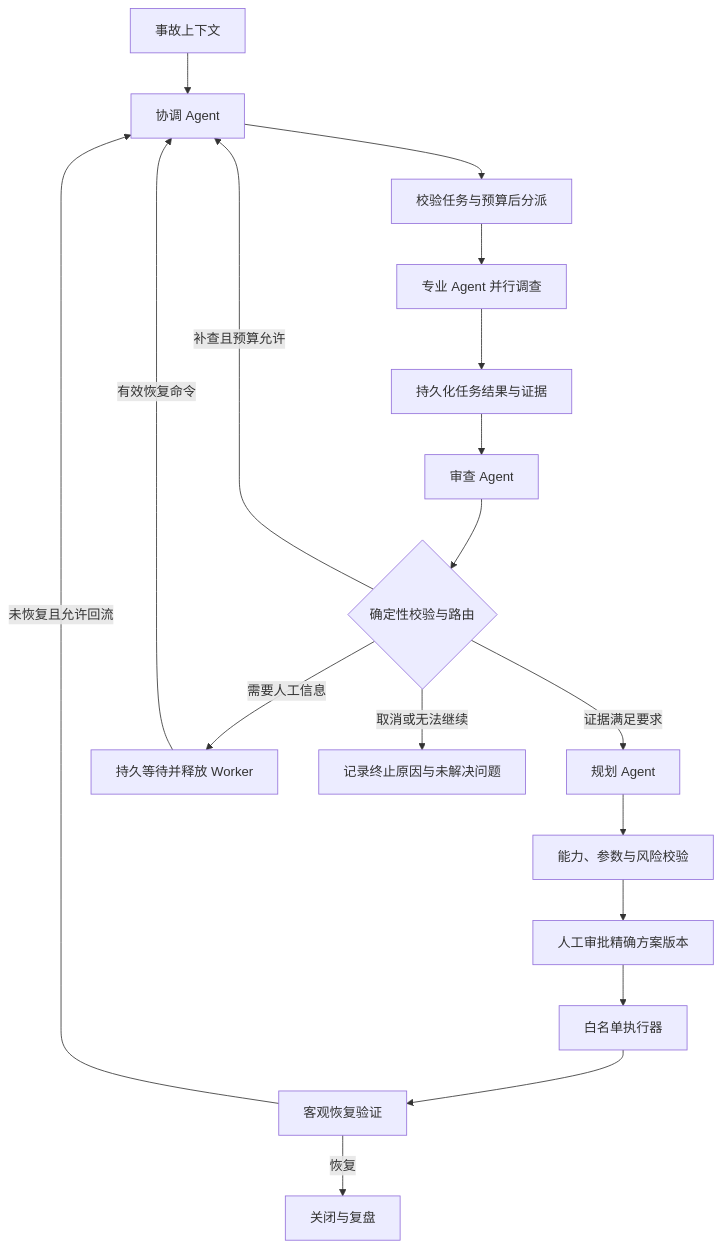
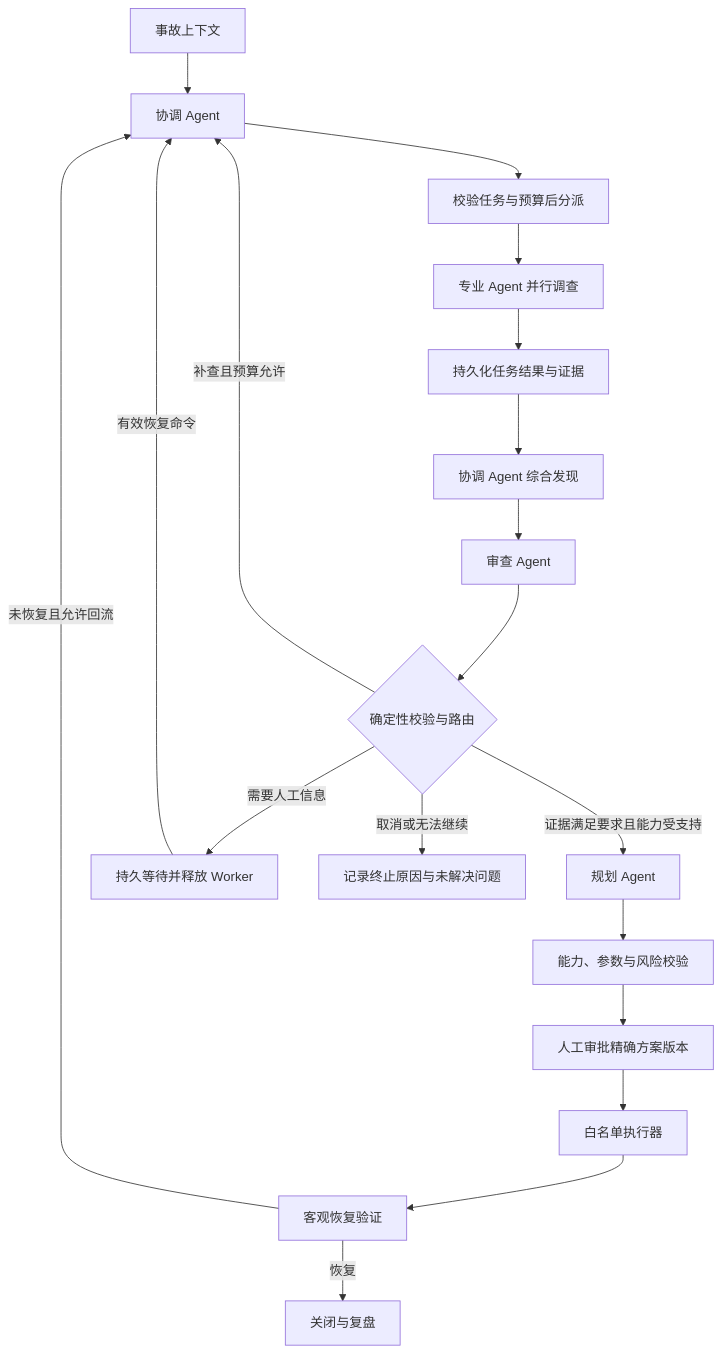
The diagram in docs/architecture/64-full-multi-agent-roadmap.md (kill-t/ops-swarm), drawn with Mermaid before and after one commit. The commit also changed other lines of this file and 8 other files, not shown here.

````diff
--- a/docs/architecture/64-full-multi-agent-roadmap.md
+++ b/docs/architecture/64-full-multi-agent-roadmap.md
@@ -39,20 +43,21 @@
 ```mermaid
 flowchart TD
     incident[事故上下文] --> coordinator[协调 Agent]
     coordinator --> dispatch[校验任务与预算后分派]
     dispatch --> specialists[专业 Agent 并行调查]
     specialists --> evidence[持久化任务结果与证据]
-    evidence --> reviewer[审查 Agent]
+    evidence --> synthesis[协调 Agent 综合发现]
+    synthesis --> reviewer[审查 Agent]
     reviewer --> route{确定性校验与路由}
     route -->|补查且预算允许| coordinator
-    route -->|证据满足要求| planner[规划 Agent]
+    route -->|证据满足要求且能力受支持| planner[规划 Agent]
     route -->|需要人工信息| waiting[持久等待并释放 Worker]
     waiting -->|有效恢复命令| coordinator
     route -->|取消或无法继续| stop[记录终止原因与未解决问题]
     planner --> policy[能力、参数与风险校验]
     policy --> approval[人工审批精确方案版本]
     approval --> executor[白名单执行器]
     executor --> verification[客观恢复验证]
     verification -->|未恢复且允许回流| coordinator
     verification -->|恢复| report[关闭与复盘]
 ```
````
